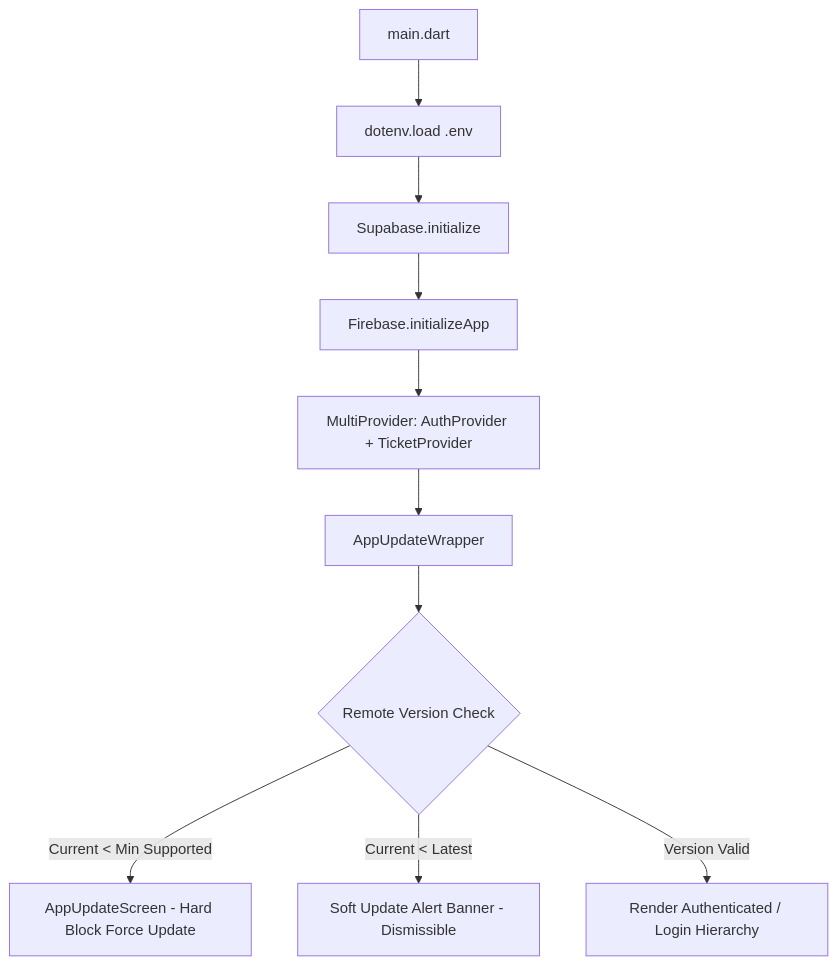
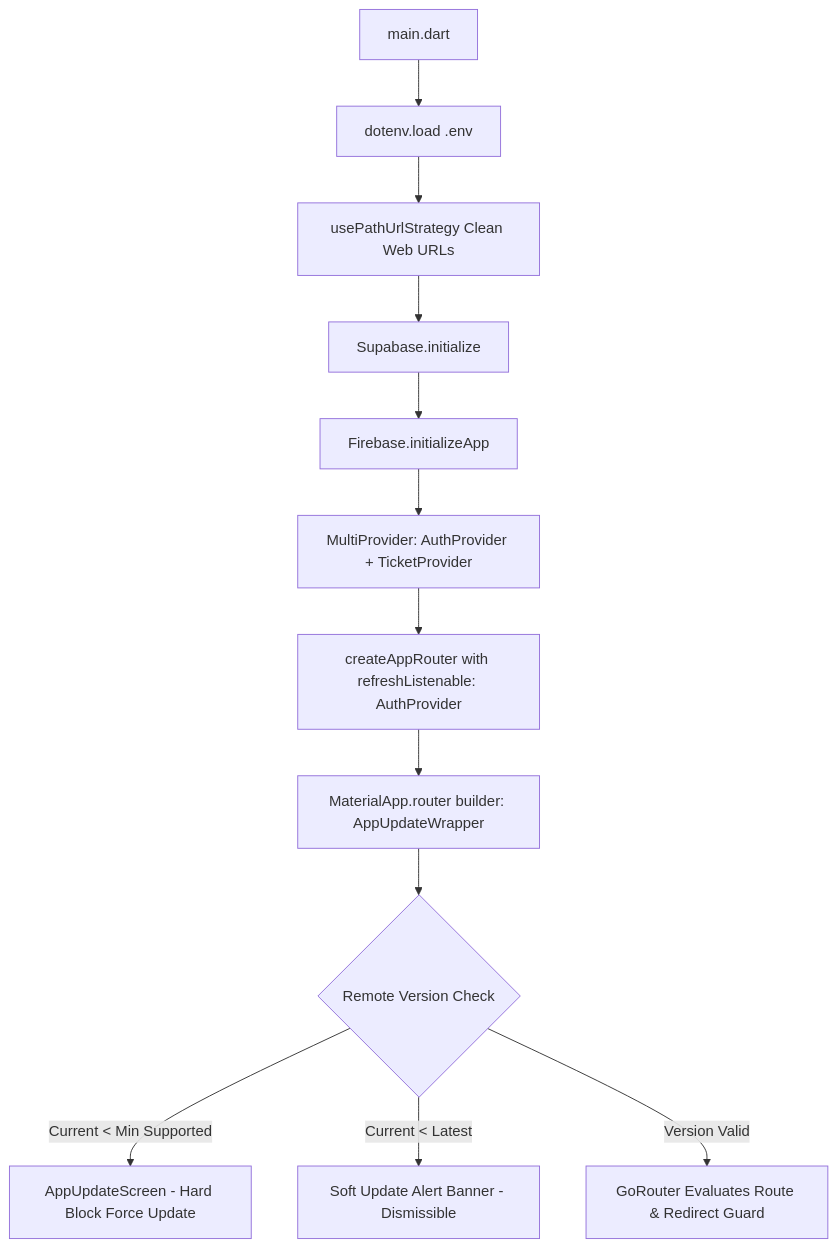
Before and after one commit to HarshPatle1910/tapf_kitchen_maintanence: the first of 8 diagrams in flow.md, drawn with Mermaid. The commit also changed other lines of this file and 41 other files, not shown here.

Commit message:
feat: implement go_router navigation with centralized app routes

````diff
--- a/flow.md
+++ b/flow.md
@@ -24,12 +24,14 @@
 ```mermaid
 graph TD
     A[main.dart] --> B[dotenv.load .env]
-    B --> C[Supabase.initialize]
-    C --> D[Firebase.initializeApp]
-    D --> E[MultiProvider: AuthProvider + TicketProvider]
-    E --> F[AppUpdateWrapper]
-    F --> G{Remote Version Check}
-    G -- "Current < Min Supported" --> H[AppUpdateScreen - Hard Block Force Update]
-    G -- "Current < Latest" --> I[Soft Update Alert Banner - Dismissible]
-    G -- "Version Valid" --> J[Render Authenticated / Login Hierarchy]
+    B --> C[usePathUrlStrategy Clean Web URLs]
+    C --> D[Supabase.initialize]
+    D --> E[Firebase.initializeApp]
+    E --> F[MultiProvider: AuthProvider + TicketProvider]
+    F --> G[createAppRouter with refreshListenable: AuthProvider]
+    G --> H[MaterialApp.router builder: AppUpdateWrapper]
+    H --> I{Remote Version Check}
+    I -- "Current < Min Supported" --> J[AppUpdateScreen - Hard Block Force Update]
+    I -- "Current < Latest" --> K[Soft Update Alert Banner - Dismissible]
+    I -- "Version Valid" --> L[GoRouter Evaluates Route & Redirect Guard]
 ```
````
